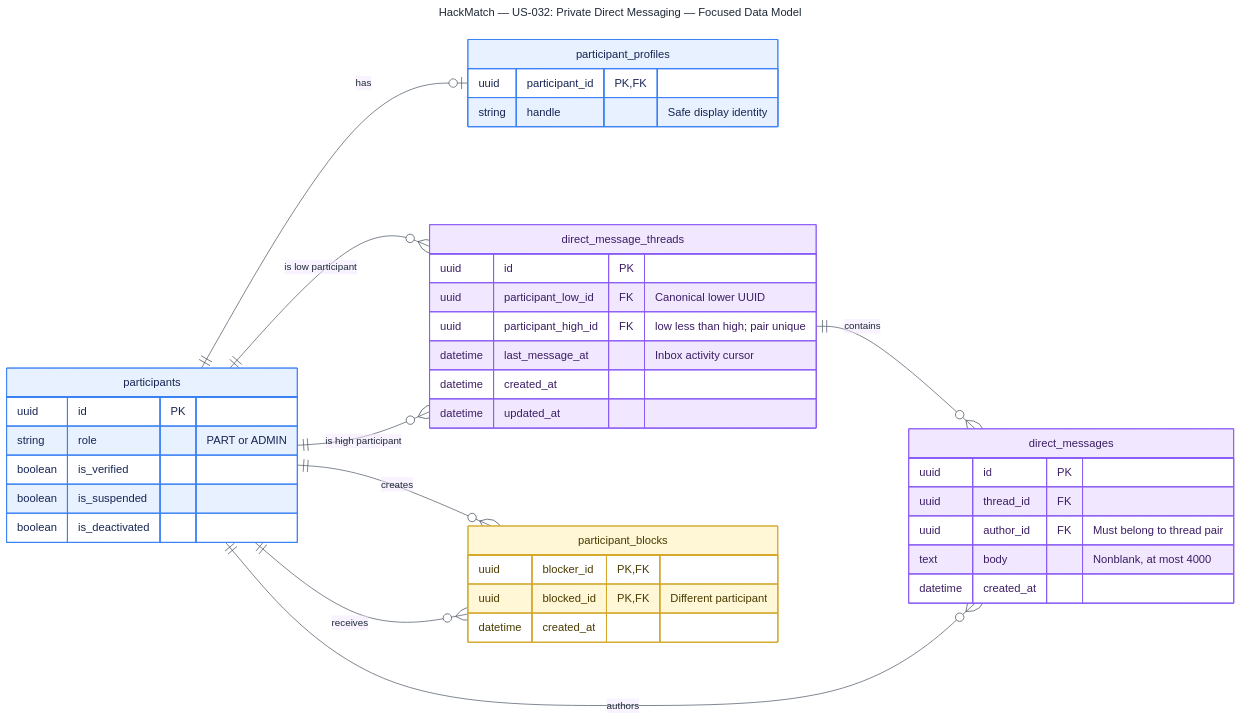
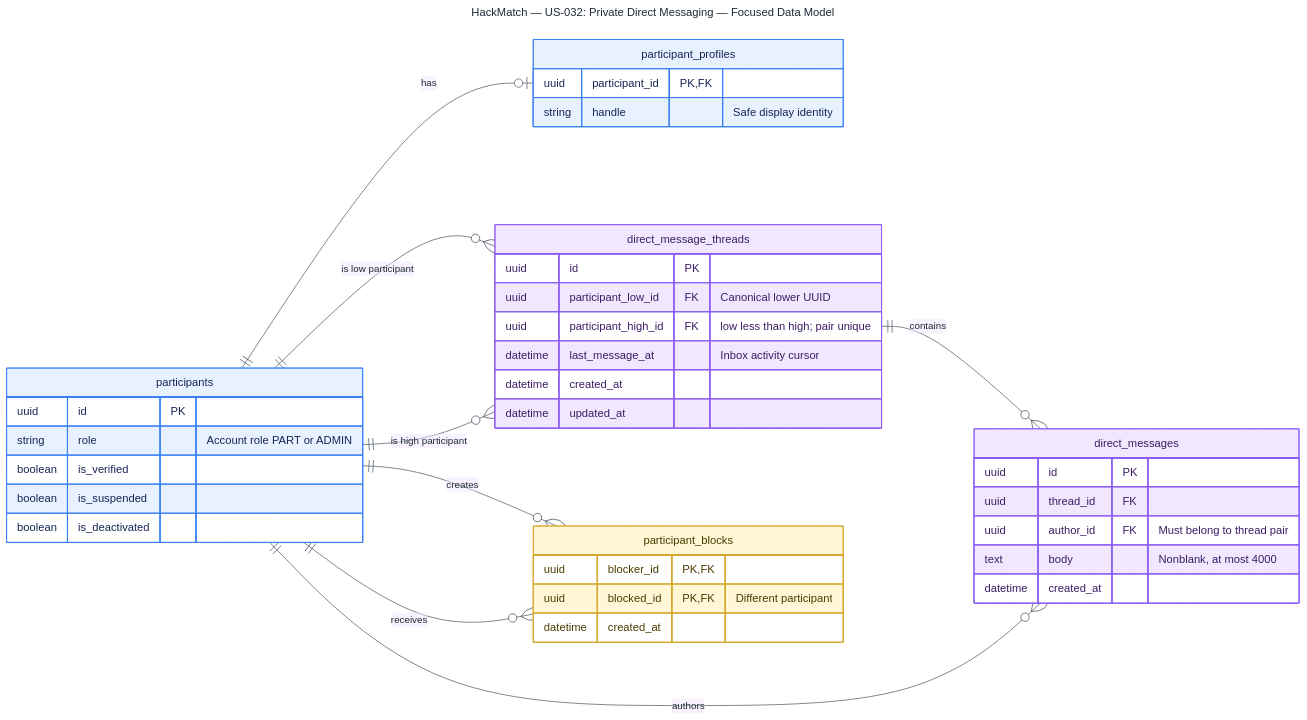
The diagram in docs/diagrams/US-032/US-032-direct-message-data-model.mmd (comp313-g1/HackMatch), drawn with Mermaid before and after one commit. The commit also changed 54 other files, not shown here.

Commit message:
docs(diagrams): add US-035 and align engineering diagrams (#450)

```diff
--- a/docs/diagrams/US-032/US-032-direct-message-data-model.mmd
+++ b/docs/diagrams/US-032/US-032-direct-message-data-model.mmd
@@ -1,57 +1,57 @@
 ---
 title: "HackMatch — US-032: Private Direct Messaging — Focused Data Model"
 ---
 %%{init: {"theme":"base","themeVariables":{"background":"#ffffff","primaryColor":"#e8f1ff","primaryTextColor":"#1f2937","primaryBorderColor":"#3b82f6","lineColor":"#4b5563","tertiaryColor":"#f1e8ff","fontFamily":"Arial, sans-serif"},"er":{"useMaxWidth":true,"diagramPadding":24,"layoutDirection":"LR","minEntityWidth":255,"minEntityHeight":75,"entityPadding":14,"stroke":"#4b5563","fill":"#ffffff","fontSize":14}}}%%
 erDiagram
     direction LR
 
     PARTICIPANTS ||--o| PARTICIPANT_PROFILES : has
     PARTICIPANTS ||--o{ DIRECT_MESSAGE_THREADS : "is low participant"
     PARTICIPANTS ||--o{ DIRECT_MESSAGE_THREADS : "is high participant"
     DIRECT_MESSAGE_THREADS ||--o{ DIRECT_MESSAGES : contains
     PARTICIPANTS ||--o{ DIRECT_MESSAGES : authors
     PARTICIPANTS ||--o{ PARTICIPANT_BLOCKS : creates
     PARTICIPANTS ||--o{ PARTICIPANT_BLOCKS : receives
 
     PARTICIPANTS["participants"] {
         uuid id PK
-        string role "PART or ADMIN"
+        string role "Account role PART or ADMIN"
         boolean is_verified
         boolean is_suspended
         boolean is_deactivated
     }
 
     PARTICIPANT_PROFILES["participant_profiles"] {
         uuid participant_id PK, FK
         string handle "Safe display identity"
     }
 
     DIRECT_MESSAGE_THREADS["direct_message_threads"] {
         uuid id PK
         uuid participant_low_id FK "Canonical lower UUID"
         uuid participant_high_id FK "low less than high; pair unique"
         datetime last_message_at "Inbox activity cursor"
         datetime created_at
         datetime updated_at
     }
 
     DIRECT_MESSAGES["direct_messages"] {
         uuid id PK
         uuid thread_id FK
         uuid author_id FK "Must belong to thread pair"
         text body "Nonblank, at most 4000"
         datetime created_at
     }
 
     PARTICIPANT_BLOCKS["participant_blocks"] {
         uuid blocker_id PK, FK
         uuid blocked_id PK, FK "Different participant"
         datetime created_at
     }
 
     classDef identity fill:#e8f1ff,stroke:#3b82f6,color:#172554
     classDef messaging fill:#f1e8ff,stroke:#8b5cf6,color:#3b1d64
     classDef restriction fill:#fff7d6,stroke:#d4a72c,color:#4a3b00
     class PARTICIPANTS,PARTICIPANT_PROFILES identity
     class DIRECT_MESSAGE_THREADS,DIRECT_MESSAGES messaging
     class PARTICIPANT_BLOCKS restriction
```
